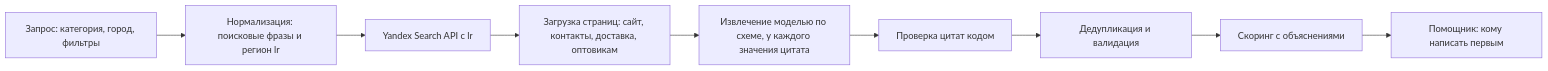
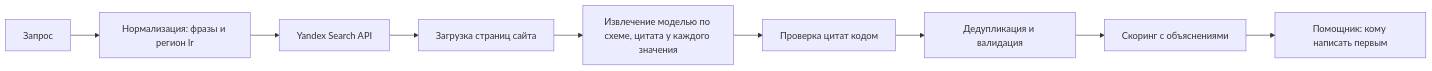
One commit to Selogaz/foodscout changed the diagram in README.md. Above: the diagram before and after it, drawn with Mermaid. The commit also changed other lines of this file, not shown here.

````diff
--- a/README.md
+++ b/README.md
@@ -51,11 +35,11 @@
 ```mermaid
 flowchart LR
-  Q[Запрос: категория, город, фильтры] --> N[Нормализация: поисковые фразы и регион lr]
-  N --> S[Yandex Search API с lr]
-  S --> F[Загрузка страниц: сайт, контакты, доставка, оптовикам]
-  F --> E[Извлечение моделью по схеме, у каждого значения цитата]
+  Q[Запрос] --> N[Нормализация: фразы и регион lr]
+  N --> S[Yandex Search API]
+  S --> F[Загрузка страниц сайта]
+  F --> E[Извлечение моделью по схеме, цитата у каждого значения]
   E --> V[Проверка цитат кодом]
   V --> D[Дедупликация и валидация]
   D --> R[Скоринг с объяснениями]
   R --> A[Помощник: кому написать первым]
 ```
````
